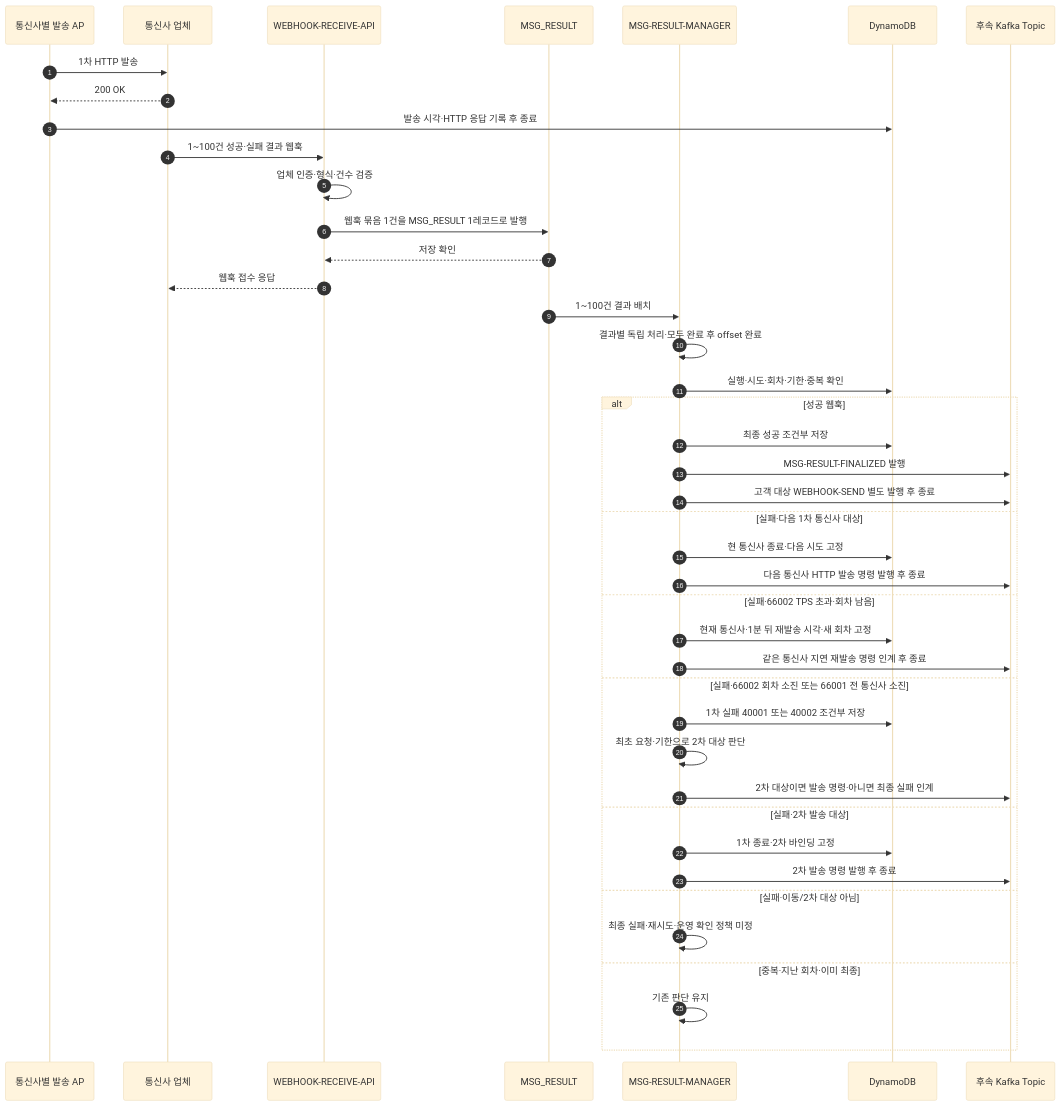
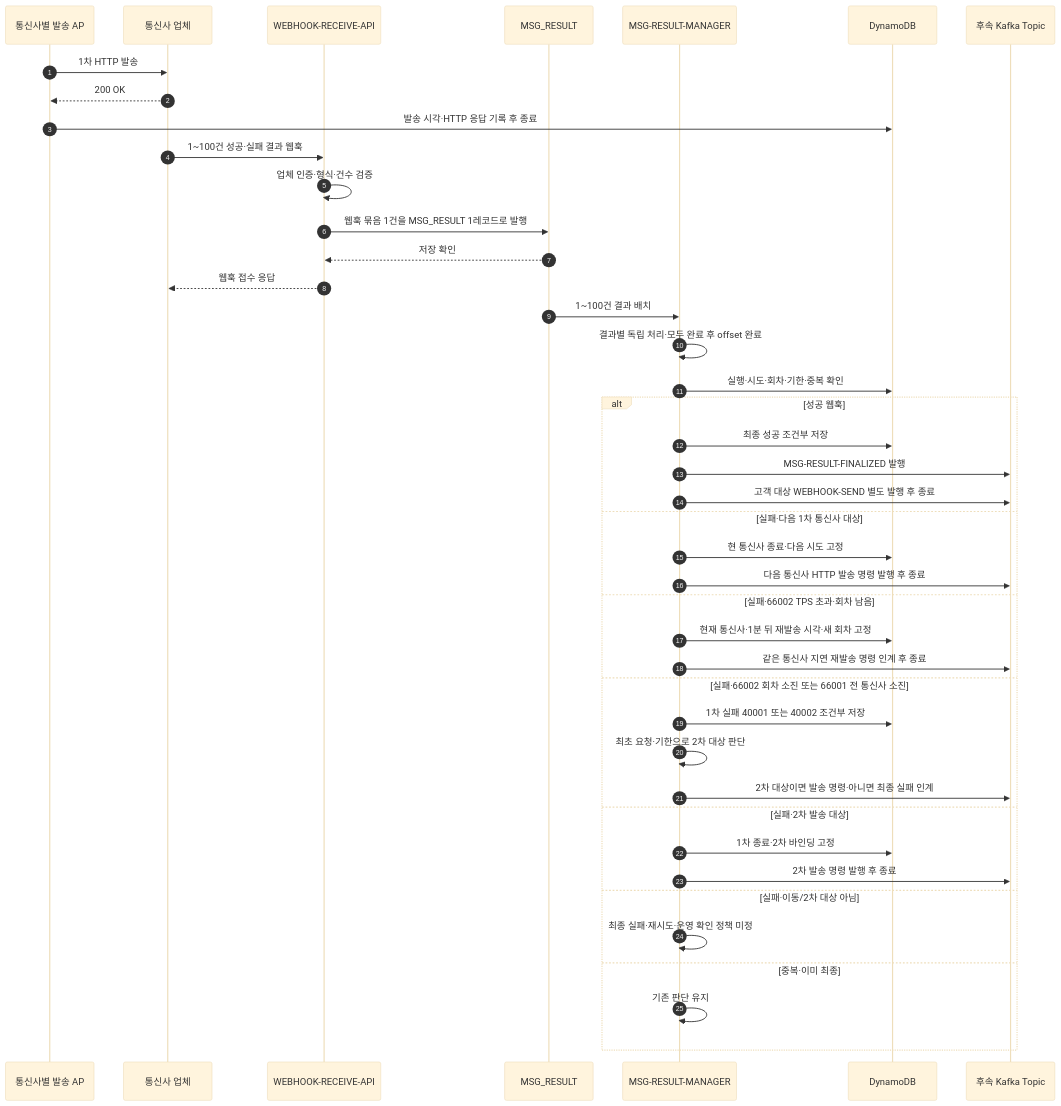
Before and after one commit to hyun-seung/High-throughput-event-platform: the seventh of 10 diagrams in docs/53-신규-메시지-케이스별-Call-Flow.md, drawn with Mermaid (base theme). The commit also changed other lines of this file and 34 other files, not shown here.

````diff
--- a/docs/53-신규-메시지-케이스별-Call-Flow.md
+++ b/docs/53-신규-메시지-케이스별-Call-Flow.md
@@ -220,44 +220,44 @@
 ```mermaid
 sequenceDiagram
     autonumber
     participant S as 통신사별 발송 AP
     participant P as 통신사 업체
     participant W as WEBHOOK-RECEIVE-API
     participant K as MSG_RESULT
     participant M as MSG-RESULT-MANAGER
     participant D as DynamoDB
     participant T as 후속 Kafka Topic
     S->>P: 1차 HTTP 발송
     P-->>S: 200 OK
     S->>D: 발송 시각·HTTP 응답 기록 후 종료
     P->>W: 1~100건 성공·실패 결과 웹훅
     W->>W: 업체 인증·형식·건수 검증
     W->>K: 웹훅 묶음 1건을 MSG_RESULT 1레코드로 발행
     K-->>W: 저장 확인
     W-->>P: 웹훅 접수 응답
     K->>M: 1~100건 결과 배치
     M->>M: 결과별 독립 처리·모두 완료 후 offset 완료
     M->>D: 실행·시도·회차·기한·중복 확인
     alt 성공 웹훅
         M->>D: 최종 성공 조건부 저장
         M->>T: MSG-RESULT-FINALIZED 발행
         M->>T: 고객 대상 WEBHOOK-SEND 별도 발행 후 종료
     else 실패·다음 1차 통신사 대상
         M->>D: 현 통신사 종료·다음 시도 고정
         M->>T: 다음 통신사 HTTP 발송 명령 발행 후 종료
     else 실패·66002 TPS 초과·회차 남음
         M->>D: 현재 통신사·1분 뒤 재발송 시각·새 회차 고정
         M->>T: 같은 통신사 지연 재발송 명령 인계 후 종료
     else 실패·66002 회차 소진 또는 66001 전 통신사 소진
         M->>D: 1차 실패 40001 또는 40002 조건부 저장
         M->>M: 최초 요청·기한으로 2차 대상 판단
         M->>T: 2차 대상이면 발송 명령·아니면 최종 실패 인계
     else 실패·2차 발송 대상
         M->>D: 1차 종료·2차 바인딩 고정
         M->>T: 2차 발송 명령 발행 후 종료
     else 실패·이동/2차 대상 아님
         M->>M: 최종 실패·재시도·운영 확인 정책 미정
-    else 중복·지난 회차·이미 최종
+    else 중복·이미 최종
         M->>M: 기존 판단 유지
     end
 ```
````
